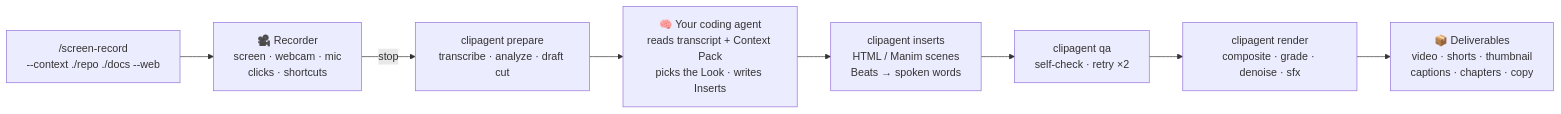
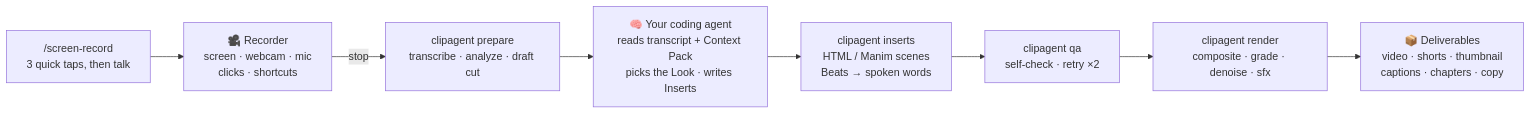
The diagram in README.md (truecallerabreham/Clipagent), drawn with Mermaid before and after one commit. The commit also changed other lines of this file and 15 other files, not shown here.

````diff
--- a/README.md
+++ b/README.md
@@ -54,10 +56,10 @@
 ```mermaid
 flowchart LR
-    A["/screen-record<br/>--context ./repo ./docs --web"] --> B["🎥 Recorder<br/>screen · webcam · mic<br/>clicks · shortcuts"]
+    A["/screen-record<br/>3 quick taps, then talk"] --> B["🎥 Recorder<br/>screen · webcam · mic<br/>clicks · shortcuts"]
     B -->|stop| C["clipagent prepare<br/>transcribe · analyze · draft cut"]
     C --> D["🧠 Your coding agent<br/>reads transcript + Context Pack<br/>picks the Look · writes Inserts"]
     D --> E["clipagent inserts<br/>HTML / Manim scenes<br/>Beats → spoken words"]
     E --> F["clipagent qa<br/>self-check · retry ×2"]
     F --> G["clipagent render<br/>composite · grade · denoise · sfx"]
     G --> H["📦 Deliverables<br/>video · shorts · thumbnail<br/>captions · chapters · copy"]
 ```
````
